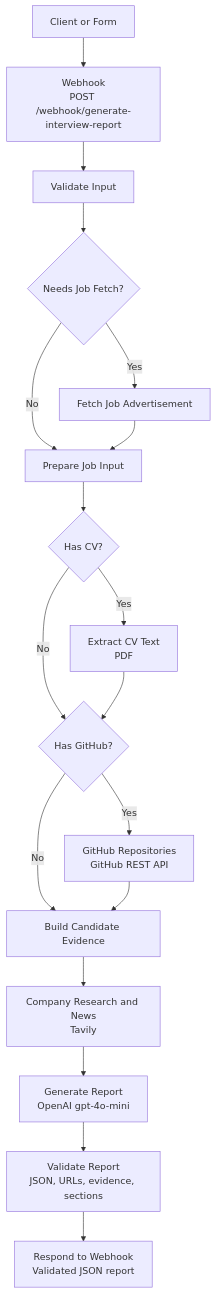
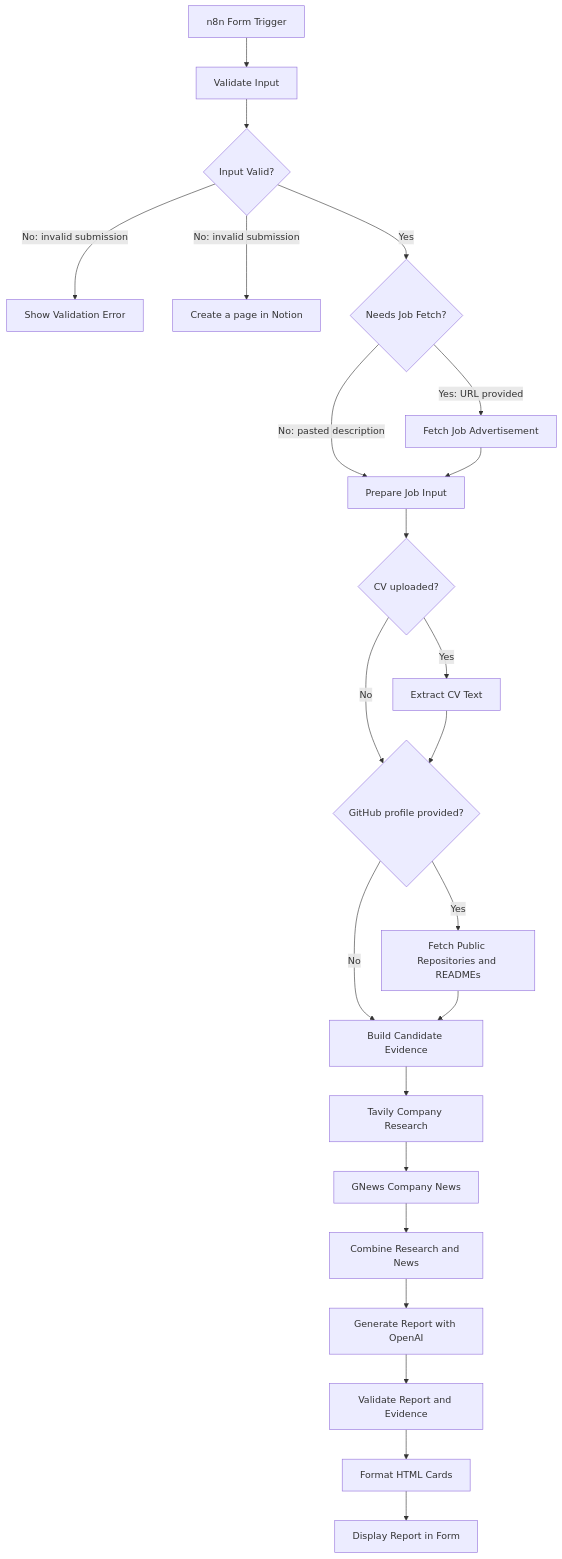
Before and after one commit to antunesjulia/project-3-interview-prep-report: the diagram in README.md, drawn with Mermaid. The commit also changed other lines of this file and 6 other files, not shown here.

````diff
--- a/README.md
+++ b/README.md
@@ -60,20 +96,25 @@
 ```mermaid
 flowchart TD
-    A[Client or Form] --> B[Webhook<br/>POST /webhook/generate-interview-report]
-    B --> C[Validate Input]
-    C --> D{Needs Job Fetch?}
-    D -->|Yes| E[Fetch Job Advertisement]
-    D -->|No| F[Prepare Job Input]
-    E --> F
-    F --> G{Has CV?}
-    G -->|Yes| H[Extract CV Text<br/>PDF]
-    G -->|No| I{Has GitHub?}
-    H --> I
-    I -->|Yes| J[GitHub Repositories<br/>GitHub REST API]
-    I -->|No| K[Build Candidate Evidence]
+    A[n8n Form Trigger] --> B[Validate Input]
+    B --> C{Input Valid?}
+    C -->|No: invalid submission| D[Show Validation Error]
+    C -->|No: invalid submission| E[Create a page in Notion]
+    C -->|Yes| F{Needs Job Fetch?}
+    F -->|Yes: URL provided| G[Fetch Job Advertisement]
+    F -->|No: pasted description| H[Prepare Job Input]
+    G --> H
+    H --> I{CV uploaded?}
+    I -->|Yes| J[Extract CV Text]
+    I -->|No| K{GitHub profile provided?}
     J --> K
-    K --> L[Company Research and News<br/>Tavily]
-    L --> M[Generate Report<br/>OpenAI gpt-4o-mini]
-    M --> N[Validate Report<br/>JSON, URLs, evidence, sections]
-    N --> O[Respond to Webhook<br/>Validated JSON report]
+    K -->|Yes| L[Fetch Public Repositories and READMEs]
+    K -->|No| M[Build Candidate Evidence]
+    L --> M
+    M --> N[Tavily Company Research]
+    N --> O[GNews Company News]
+    O --> P[Combine Research and News]
+    P --> Q[Generate Report with OpenAI]
+    Q --> R[Validate Report and Evidence]
+    R --> S[Format HTML Cards]
+    S --> T[Display Report in Form]
 ```
````
